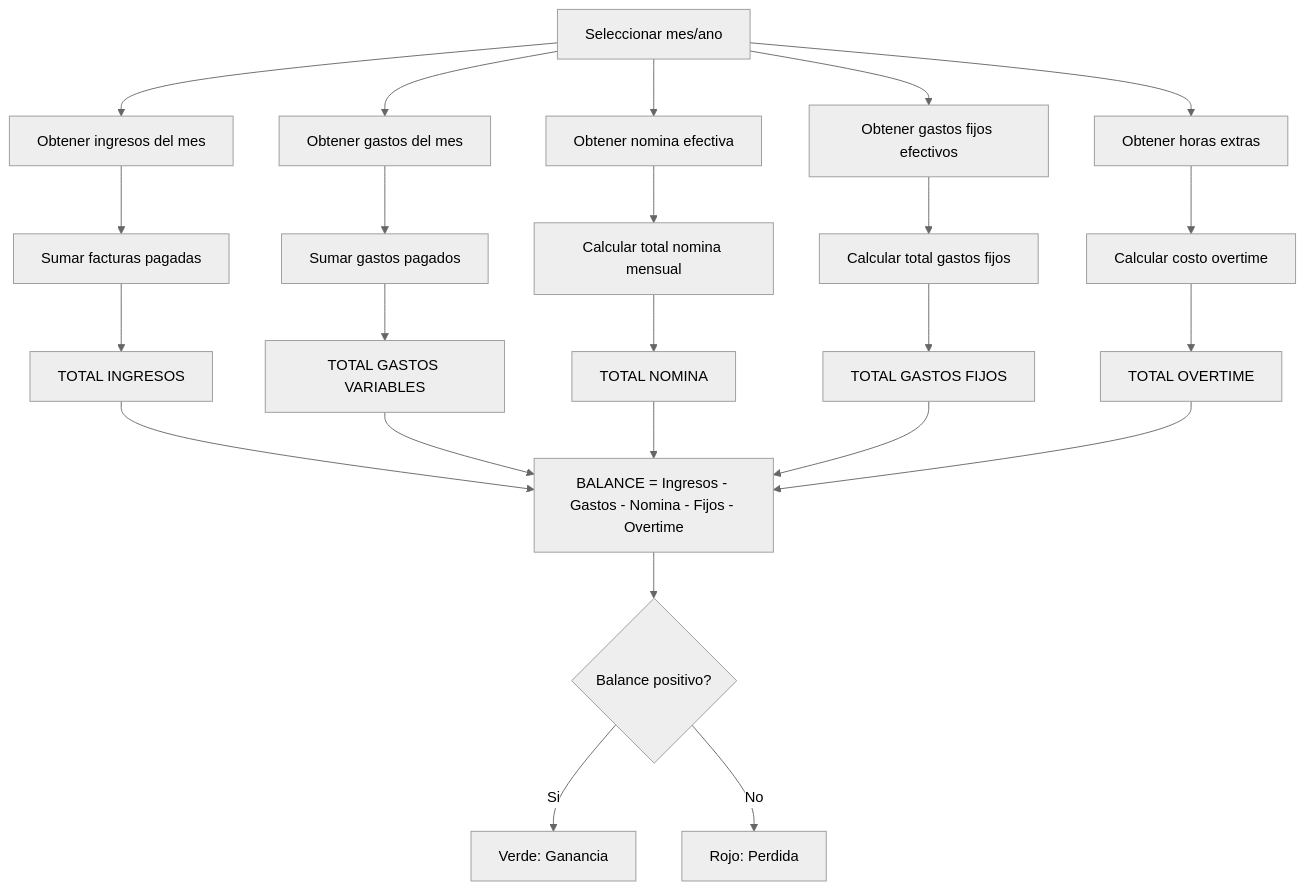
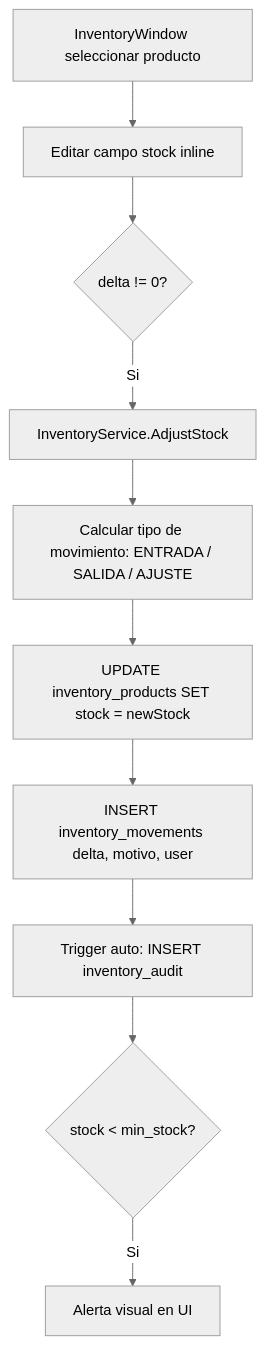
The eighth of 11 diagrams in docs/05_FLUJOS_TRABAJO.md (Anathema69/MX-VBA), drawn with Mermaid (neutral theme) before and after one commit. The commit also changed other lines of this file and 32 other files, not shown here.

````diff
--- a/docs/05_FLUJOS_TRABAJO.md
+++ b/docs/05_FLUJOS_TRABAJO.md
@@ -209,33 +181,12 @@
 ```mermaid
 flowchart TD
-    A[Seleccionar mes/ano] --> B[Obtener ingresos del mes]
-    B --> C[Sumar facturas pagadas]
-
-    A --> D[Obtener gastos del mes]
-    D --> E[Sumar gastos pagados]
-
-    A --> F[Obtener nomina efectiva]
-    F --> G[Calcular total nomina mensual]
-
-    A --> H[Obtener gastos fijos efectivos]
-    H --> I[Calcular total gastos fijos]
-
-    A --> J[Obtener horas extras]
-    J --> K[Calcular costo overtime]
-
-    C --> L[TOTAL INGRESOS]
-    E --> M[TOTAL GASTOS VARIABLES]
-    G --> N[TOTAL NOMINA]
-    I --> O[TOTAL GASTOS FIJOS]
-    K --> P[TOTAL OVERTIME]
-
-    L --> Q[BALANCE = Ingresos - Gastos - Nomina - Fijos - Overtime]
-    M --> Q
-    N --> Q
-    O --> Q
-    P --> Q
-
-    Q --> R{Balance positivo?}
-    R -->|Si| S[Verde: Ganancia]
-    R -->|No| T[Rojo: Perdida]
+    A[InventoryWindow seleccionar producto] --> B[Editar campo stock inline]
+    B --> C{delta != 0?}
+    C -->|Si| D[InventoryService.AdjustStock]
+    D --> E[Calcular tipo de movimiento: ENTRADA / SALIDA / AJUSTE]
+    E --> F[UPDATE inventory_products SET stock = newStock]
+    F --> G[INSERT inventory_movements delta, motivo, user]
+    G --> H[Trigger auto: INSERT inventory_audit]
+    H --> I{stock < min_stock?}
+    I -->|Si| J[Alerta visual en UI]
 ```
````
